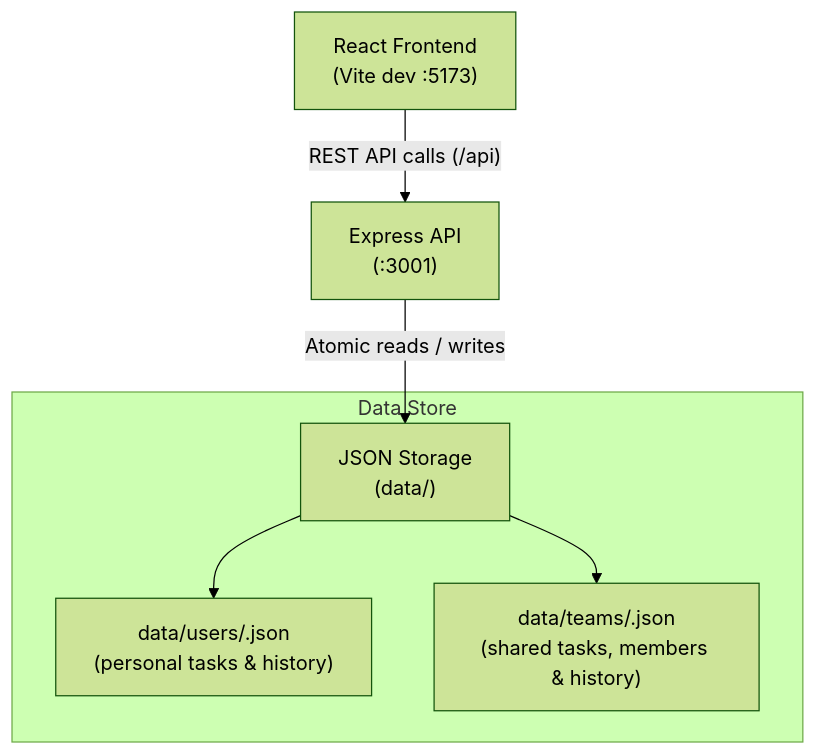
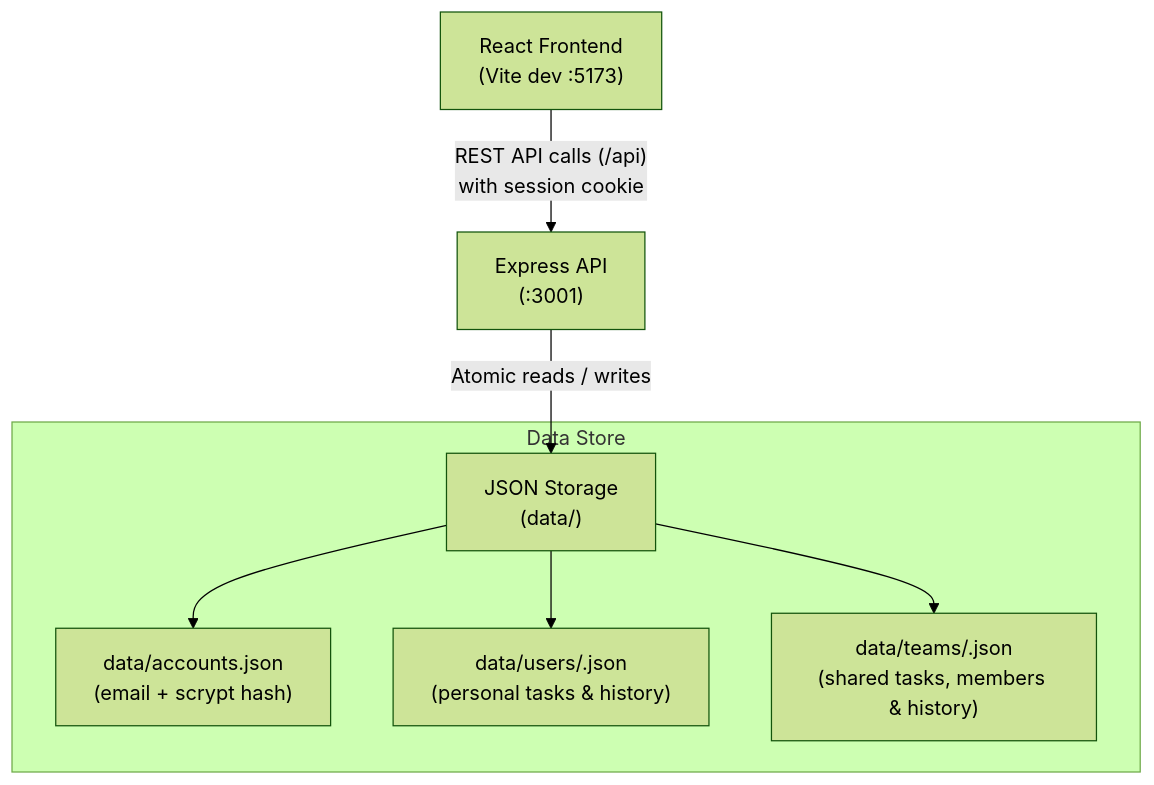
One commit to lucky-pluton/todo-app changed the diagram in README.md. Above: the diagram before and after it, drawn with Mermaid (forest theme). The commit also changed other lines of this file and 7 other files, not shown here.

Commit message:
feat: add email/password accounts and per-user tasks

````diff
--- a/README.md
+++ b/README.md
@@ -100,14 +107,15 @@
 ```mermaid
 flowchart TD
     Client["React Frontend\n(Vite dev :5173)"]
     API["Express API\n(:3001)"]
     Storage["JSON Storage\n(data/)"]
 
-    Client -- "REST API calls (/api)" --> API
+    Client -- "REST API calls (/api)\nwith session cookie" --> API
     API -- "Atomic reads / writes" --> Storage
 
     subgraph Data Store
+        Storage --> Accounts["data/accounts.json\n(email + scrypt hash)"]
         Storage --> Users["data/users/<hash>.json\n(personal tasks & history)"]
         Storage --> Teams["data/teams/<team-id>.json\n(shared tasks, members & history)"]
     end
 ```
````
